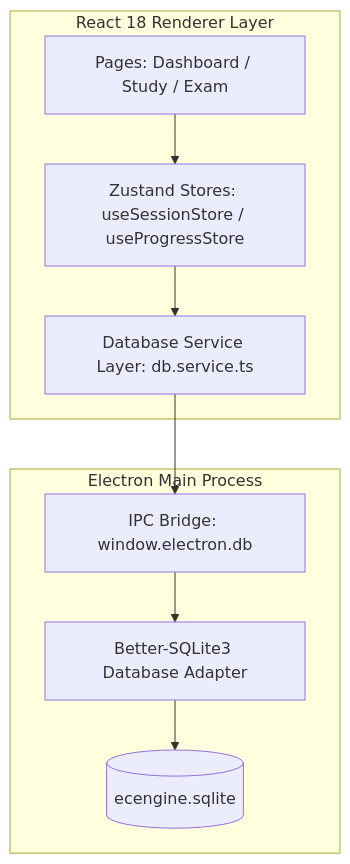
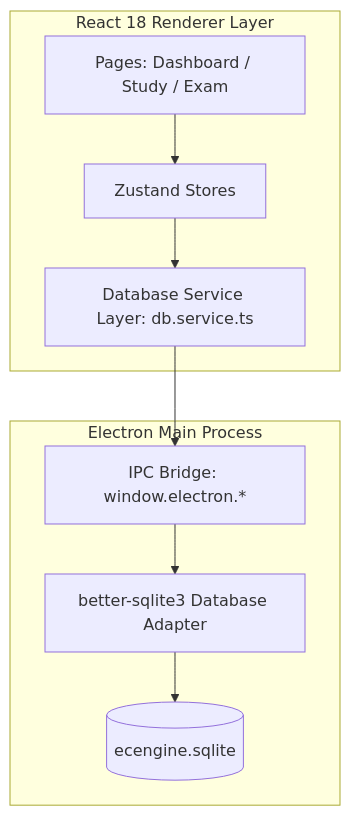
One commit to vtajaros/ECEngine changed the diagram in README.md. Above: the diagram before and after it, drawn with Mermaid. The commit also changed other lines of this file and 4 other files, not shown here.

Commit message:
feat: implement flashcard study session components, formula reference page, and deck creation interface while cleaning up project documentation.

````diff
--- a/README.md
+++ b/README.md
@@ -153,13 +66,13 @@
 ```mermaid
 flowchart TD
     subgraph UI_Layer [React 18 Renderer Layer]
-        A[Pages: Dashboard / Study / Exam] --> B[Zustand Stores: useSessionStore / useProgressStore]
+        A[Pages: Dashboard / Study / Exam] --> B[Zustand Stores]
         B --> C[Database Service Layer: db.service.ts]
     end
 
     subgraph Desktop_Backend [Electron Main Process]
-        C --> D[IPC Bridge: window.electron.db]
-        D --> F[Better-SQLite3 Database Adapter]
+        C --> D[IPC Bridge: window.electron.*]
+        D --> F[better-sqlite3 Database Adapter]
         F --> G[(ecengine.sqlite)]
     end
 ```
````
